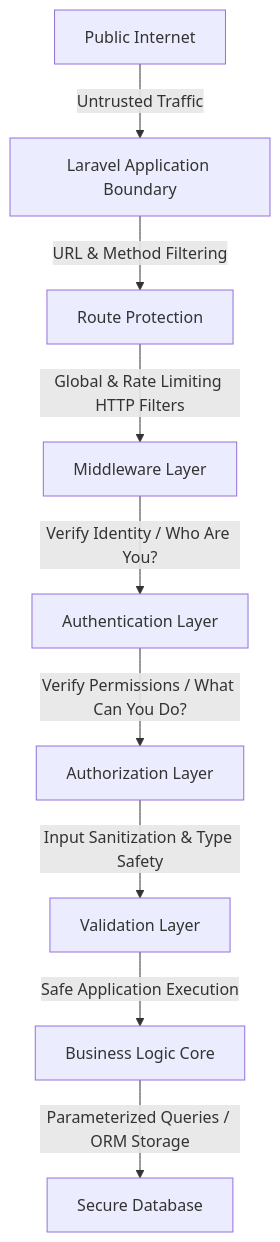
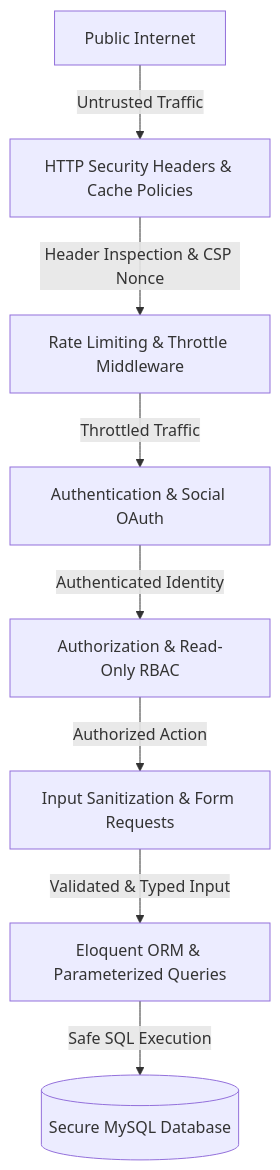
One commit to yewess97/Grace changed the diagram in resources/docs/security.md. Above: the diagram before and after it, drawn with Mermaid. The commit also changed other lines of this file and 16 other files, not shown here.

````diff
--- a/resources/docs/security.md
+++ b/resources/docs/security.md
@@ -61,28 +62,22 @@
 ```mermaid
 flowchart TD
 
     %% Nodes
     Net[Public Internet]
-    App[Laravel Application Boundary]
-    Route[Route Protection]
-    MW[Middleware Layer]
-    AuthN[Authentication Layer]
-    AuthZ[Authorization Layer]
-    Val[Validation Layer]
-    Biz[Business Logic Core]
-    DB[Secure Database]
+    Edge[HTTP Security Headers & Cache Policies]
+    Rate[Rate Limiting & Throttle Middleware]
+    AuthN[Authentication & Social OAuth]
+    AuthZ[Authorization & Read-Only RBAC]
+    Sanitize[Input Sanitization & Form Requests]
+    ORM[Eloquent ORM & Parameterized Queries]
+    DB[(Secure MySQL Database)]
 
-    %% Ingress & Edge Defense
-    Net -->|Untrusted Traffic| App
-    App -->|URL & Method Filtering| Route
-    Route -->|Global & Rate Limiting HTTP Filters| MW
-
-    %% Identity & Access Control
-    MW -->|Verify Identity / Who Are You?| AuthN
-    AuthN -->|Verify Permissions / What Can You Do?| AuthZ
-
-    %% Request Sanitization & Execution
-    AuthZ -->|Input Sanitization & Type Safety| Val
-    Val -->|Safe Application Execution| Biz
-    Biz -->|Parameterized Queries / ORM Storage| DB
+    %% Pipeline Flow
+    Net -->|Untrusted Traffic| Edge
+    Edge -->|Header Inspection & CSP Nonce| Rate
+    Rate -->|Throttled Traffic| AuthN
+    AuthN -->|Authenticated Identity| AuthZ
+    AuthZ -->|Authorized Action| Sanitize
+    Sanitize -->|Validated & Typed Input| ORM
+    ORM -->|Safe SQL Execution| DB
 ```
````
